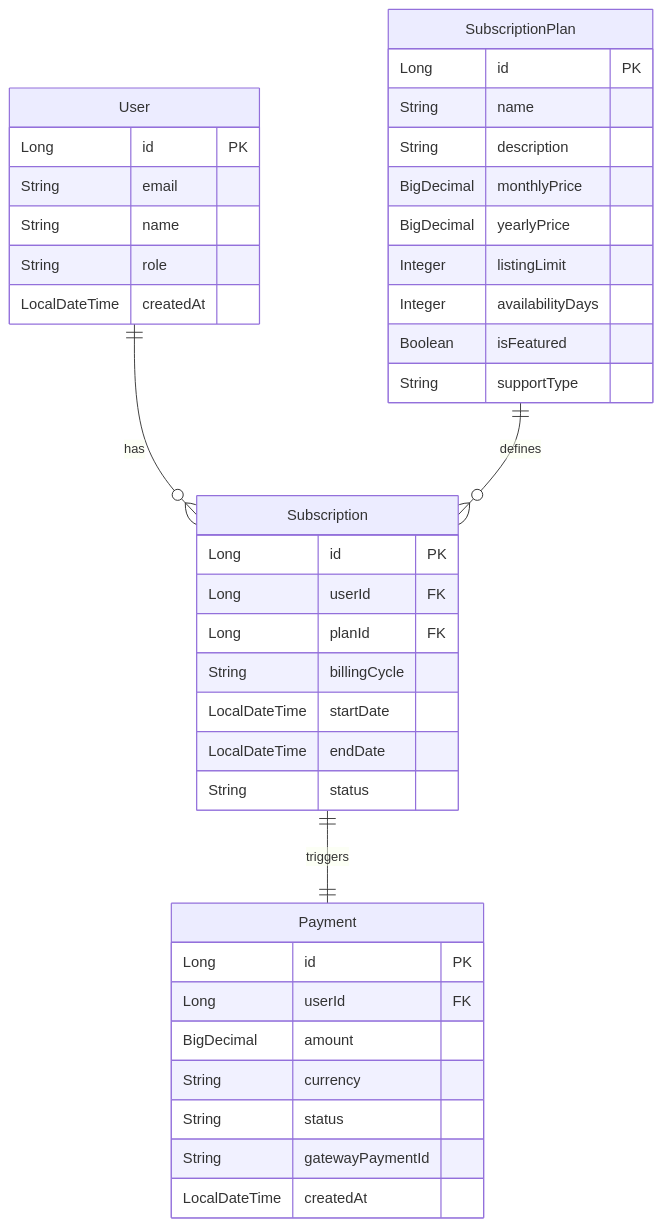
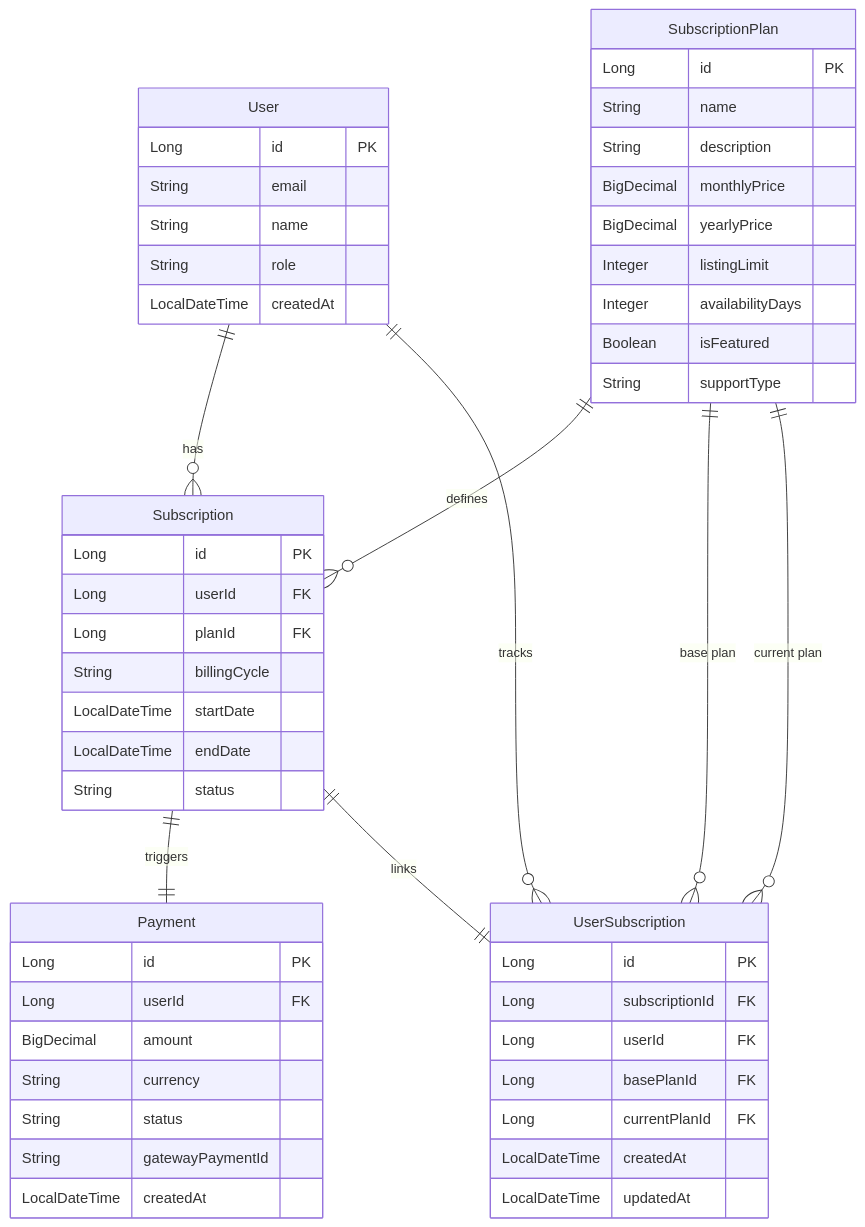
Before and after one commit to kintwadi/realstate_back_end: the second of 11 diagrams in subscription_model.md, drawn with Mermaid. The commit also changed other lines of this file and 5 other files, not shown here.

````diff
--- a/subscription_model.md
+++ b/subscription_model.md
@@ -64,46 +64,60 @@
 ```mermaid
 erDiagram
     User ||--o{ Subscription : has
+    User ||--o{ UserSubscription : tracks
     SubscriptionPlan ||--o{ Subscription : defines
+    SubscriptionPlan ||--o{ UserSubscription : "base plan"
+    SubscriptionPlan ||--o{ UserSubscription : "current plan"
     Subscription ||--|| Payment : triggers
+    Subscription ||--|| UserSubscription : links
     
     User {
         Long id PK
         String email
         String name
         String role
         LocalDateTime createdAt
     }
     
     SubscriptionPlan {
         Long id PK
         String name
         String description
         BigDecimal monthlyPrice
         BigDecimal yearlyPrice
         Integer listingLimit
         Integer availabilityDays
         Boolean isFeatured
         String supportType
     }
     
     Subscription {
         Long id PK
         Long userId FK
         Long planId FK
         String billingCycle
         LocalDateTime startDate
         LocalDateTime endDate
         String status
     }
     
+    UserSubscription {
+        Long id PK
+        Long subscriptionId FK
+        Long userId FK
+        Long basePlanId FK
+        Long currentPlanId FK
+        LocalDateTime createdAt
+        LocalDateTime updatedAt
+    }
+    
     Payment {
         Long id PK
         Long userId FK
         BigDecimal amount
         String currency
         String status
         String gatewayPaymentId
         LocalDateTime createdAt
     }
 ```
````
